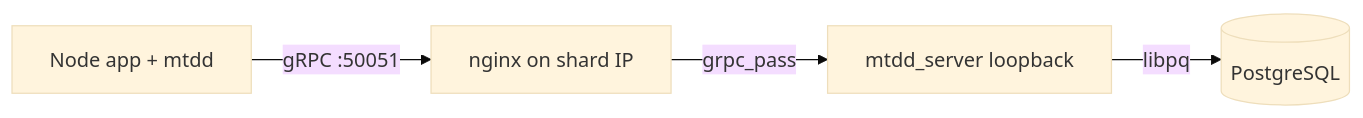
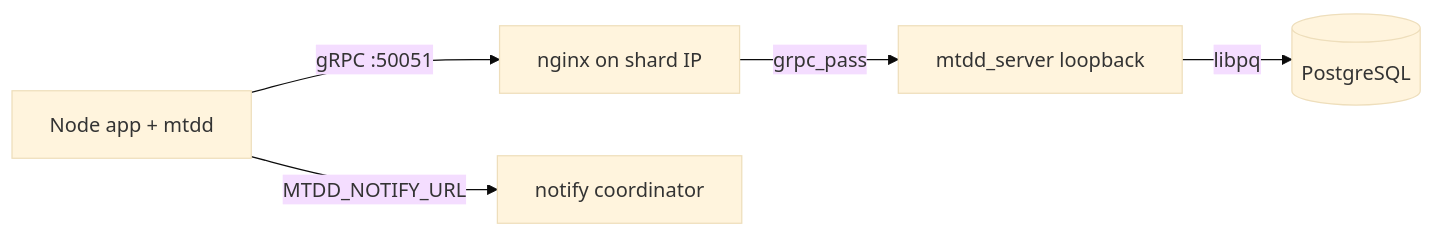
The diagram in README.md (advcomm/mtdd_server), drawn with Mermaid (base theme) before and after one commit. The commit also changed other lines of this file and 24 other files, not shown here.

Commit message:
Implement health monitoring and configuration enhancements for MtddNotify and MtddShard services. Update CMake and Docker configurations to support new health checks and environment variables. Enhance logging for notify operations and add tests for configuration validation.

````diff
--- a/README.md
+++ b/README.md
@@ -89,6 +119,7 @@
 ```mermaid
 flowchart LR
   App[Node app + mtdd] -->|gRPC :50051| Nginx[nginx on shard IP]
   Nginx -->|grpc_pass| Server[mtdd_server loopback]
   Server -->|libpq| PG[(PostgreSQL)]
+  App -->|MTDD_NOTIFY_URL| NotifyCoord[notify coordinator]
 ```
````
